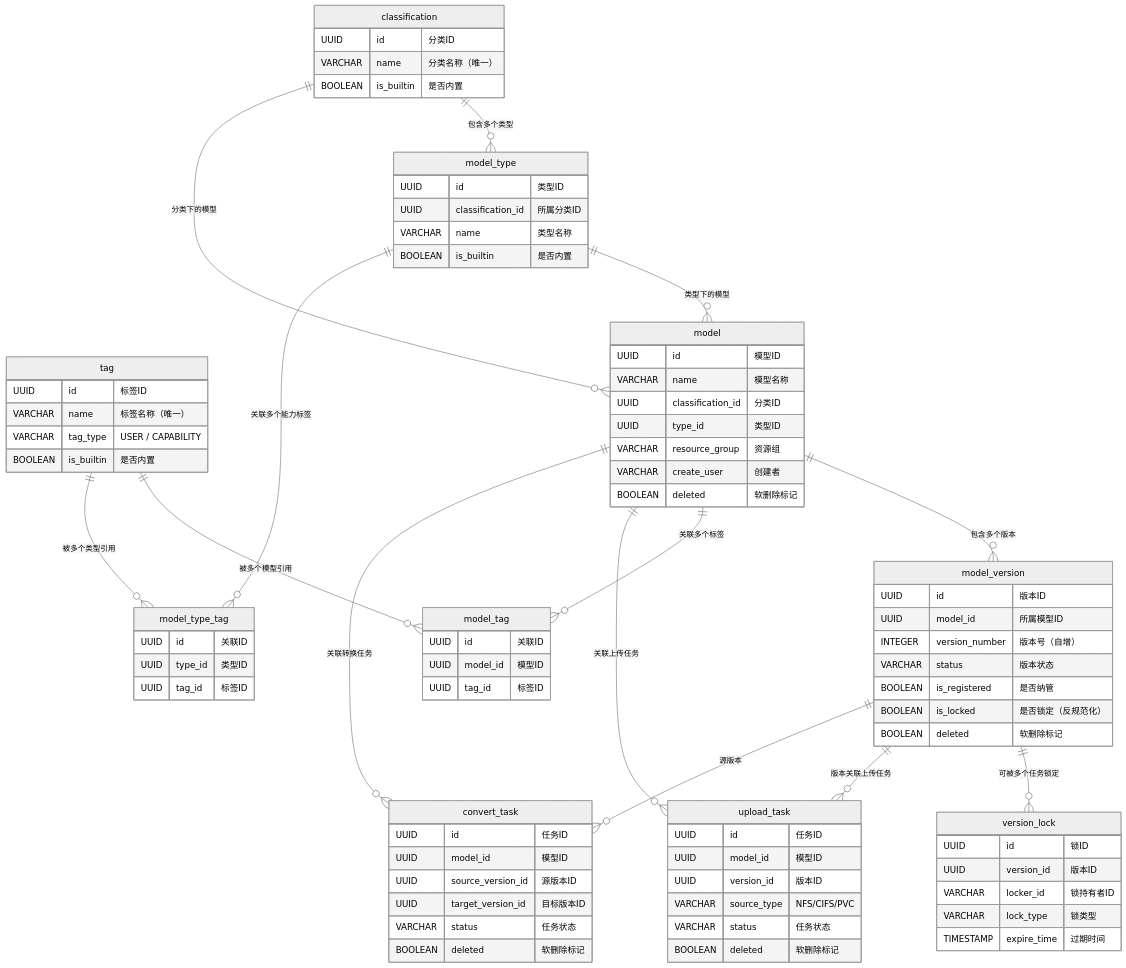
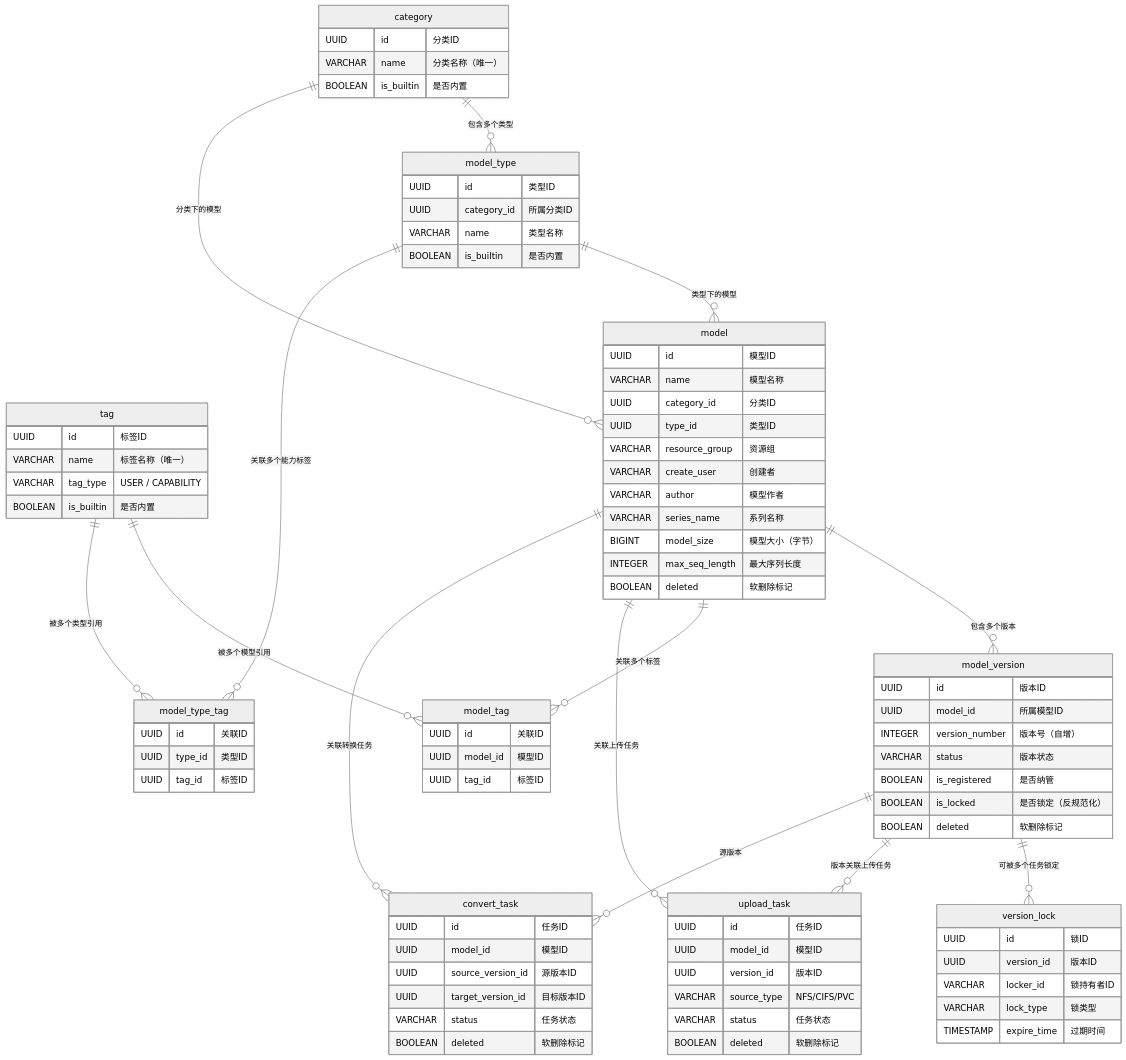
The first of 3 diagrams in .sisyphus/drafts/feature-1-infrastructure-design.md (HaoruiSong622/model-lite-repository), drawn with Mermaid (neutral theme) before and after one commit. The commit also changed other lines of this file and 2 other files, not shown here.

````diff
--- a/.sisyphus/drafts/feature-1-infrastructure-design.md
+++ b/.sisyphus/drafts/feature-1-infrastructure-design.md
@@ -285,6 +293,6 @@
 ```mermaid
 erDiagram
-    classification {
+    category {
         UUID id "分类ID"
         VARCHAR name "分类名称（唯一）"
         BOOLEAN is_builtin "是否内置"
@@ -292,7 +300,7 @@
     
     model_type {
         UUID id "类型ID"
-        UUID classification_id "所属分类ID"
+        UUID category_id "所属分类ID"
         VARCHAR name "类型名称"
         BOOLEAN is_builtin "是否内置"
     }
@@ -307,10 +315,14 @@
     model {
         UUID id "模型ID"
         VARCHAR name "模型名称"
-        UUID classification_id "分类ID"
+        UUID category_id "分类ID"
         UUID type_id "类型ID"
         VARCHAR resource_group "资源组"
         VARCHAR create_user "创建者"
+        VARCHAR author "模型作者"
+        VARCHAR series_name "系列名称"
+        BIGINT model_size "模型大小（字节）"
+        INTEGER max_seq_length "最大序列长度"
         BOOLEAN deleted "软删除标记"
     }
     
@@ -362,8 +374,8 @@
         BOOLEAN deleted "软删除标记"
     }
     
-    classification ||--o{ model_type : "包含多个类型"
-    classification ||--o{ model : "分类下的模型"
+    category ||--o{ model_type : "包含多个类型"
+    category ||--o{ model : "分类下的模型"
     model_type ||--o{ model : "类型下的模型"
     model ||--o{ model_version : "包含多个版本"
     model ||--o{ model_tag : "关联多个标签"
````
